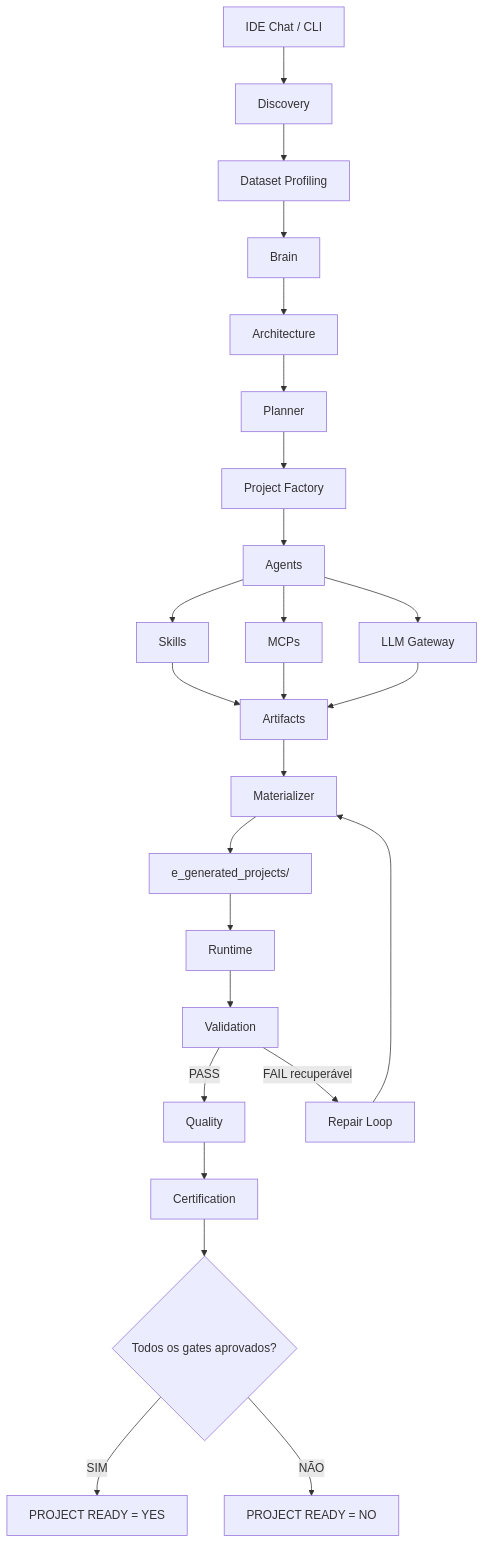
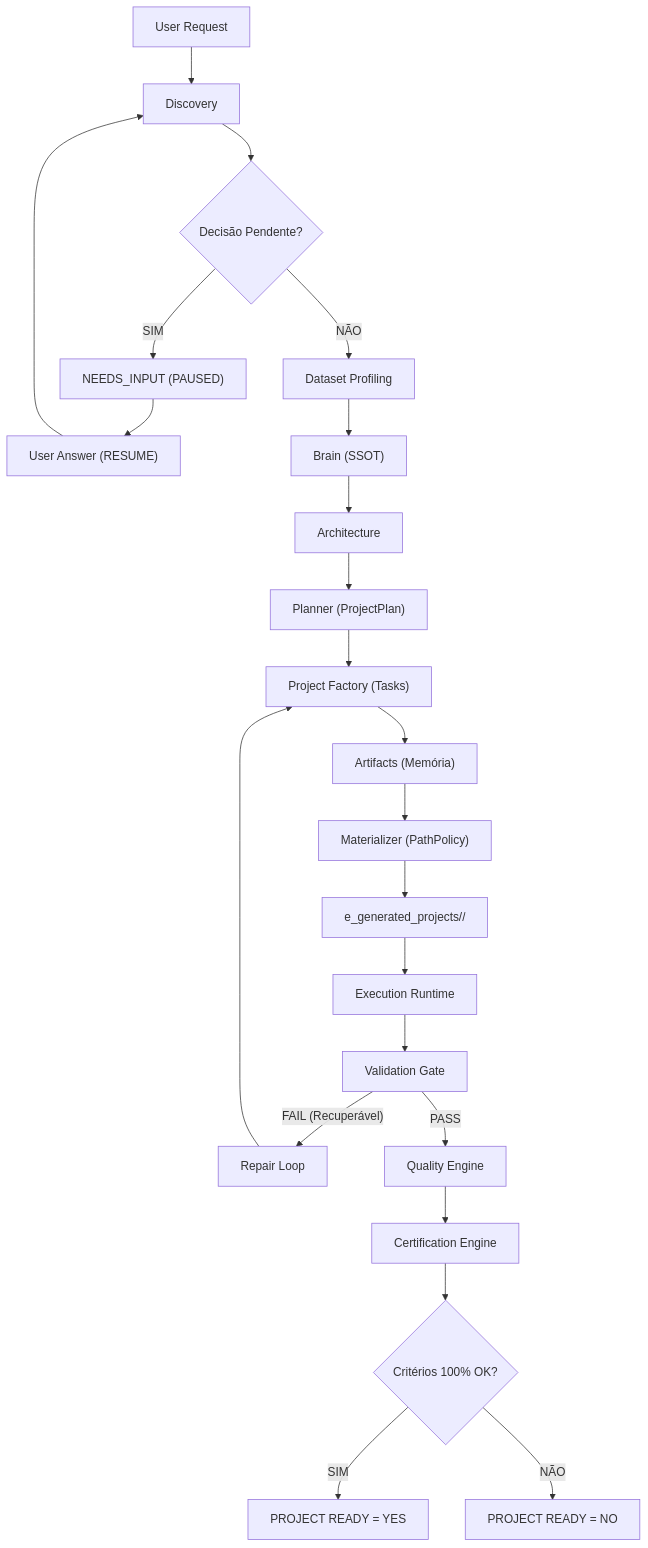
The first of 4 diagrams in README.md (MayaraLonguinho/analytics_agents_factory), drawn with Mermaid before and after one commit. The commit also changed other lines of this file, not shown here.

Commit message:
docs: rebuild aaf project guide

````diff
--- a/README.md
+++ b/README.md
@@ -39,34 +105,25 @@
 ```mermaid
 flowchart TD
-    A["IDE Chat / CLI"] --> B["Discovery"]
-    B --> C["Dataset Profiling"]
-    C --> D["Brain"]
-    D --> E["Architecture"]
-    E --> F["Planner"]
-    F --> G["Project Factory"]
-
-    G --> H["Agents"]
-
-    H --> I["Skills"]
-    H --> J["MCPs"]
-    H --> K["LLM Gateway"]
-
-    I --> L["Artifacts"]
-    J --> L
-    K --> L
-
-    L --> M["Materializer"]
-    M --> N["e_generated_projects/"]
-    N --> O["Runtime"]
-    O --> P["Validation"]
-
-    P -->|PASS| Q["Quality"]
-    P -->|FAIL recuperável| R["Repair Loop"]
-    R --> M
-
-    Q --> S["Certification"]
-    S --> T{"Todos os gates aprovados?"}
-
-    T -->|SIM| U["PROJECT READY = YES"]
-    T -->|NÃO| V["PROJECT READY = NO"]
+    A["User Request"] --> B["Discovery"]
+    B --> C{"Decisão Pendente?"}
+    C -- "SIM" --> D["NEEDS_INPUT (PAUSED)"]
+    D --> E["User Answer (RESUME)"]
+    E --> B
+    C -- "NÃO" --> F["Dataset Profiling"]
+    F --> G["Brain (SSOT)"]
+    G --> H["Architecture"]
+    H --> I["Planner (ProjectPlan)"]
+    I --> J["Project Factory (Tasks)"]
+    J --> K["Artifacts (Memória)"]
+    K --> L["Materializer (PathPolicy)"]
+    L --> M["e_generated_projects/<id>/"]
+    M --> N["Execution Runtime"]
+    N --> O["Validation Gate"]
+    O -- "FAIL (Recuperável)" --> P["Repair Loop"]
+    P --> J
+    O -- "PASS" --> Q["Quality Engine"]
+    Q --> R["Certification Engine"]
+    R --> S{"Critérios 100% OK?"}
+    S -- "SIM" --> T["PROJECT READY = YES"]
+    S -- "NÃO" --> U["PROJECT READY = NO"]
 ```
````
